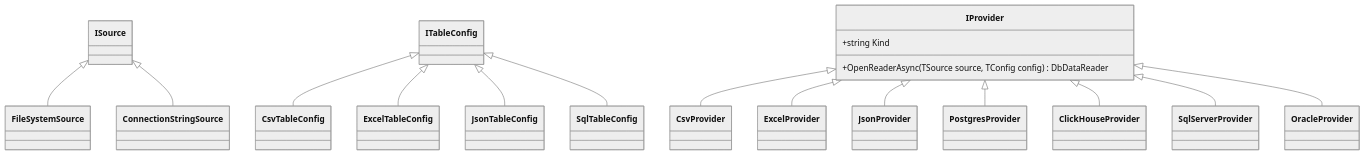
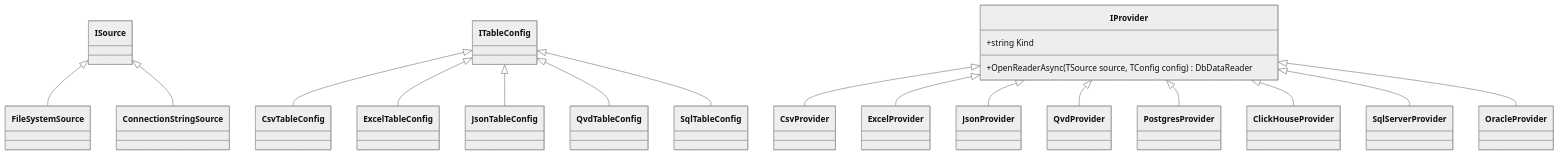
The first of 2 diagrams in docs/architecture.md (MikeKondr99/Loader), drawn with Mermaid (neutral theme) before and after one commit. The commit also changed other lines of this file and 28 other files, not shown here.

````diff
--- a/docs/architecture.md
+++ b/docs/architecture.md
@@ -36,27 +36,29 @@
 ```mermaid
 classDiagram
     class ISource
     class ITableConfig
     class IProvider {
         +string Kind
     }
     class IProvider~TSource,TConfig~ {
         +OpenReaderAsync(TSource source, TConfig config) DbDataReader
     }
 
     ISource <|-- FileSystemSource
     ISource <|-- ConnectionStringSource
 
     ITableConfig <|-- CsvTableConfig
     ITableConfig <|-- ExcelTableConfig
     ITableConfig <|-- JsonTableConfig
+    ITableConfig <|-- QvdTableConfig
     ITableConfig <|-- SqlTableConfig
 
     IProvider <|-- CsvProvider
     IProvider <|-- ExcelProvider
     IProvider <|-- JsonProvider
+    IProvider <|-- QvdProvider
     IProvider <|-- PostgresProvider
     IProvider <|-- ClickHouseProvider
     IProvider <|-- SqlServerProvider
     IProvider <|-- OracleProvider
 ```
````
